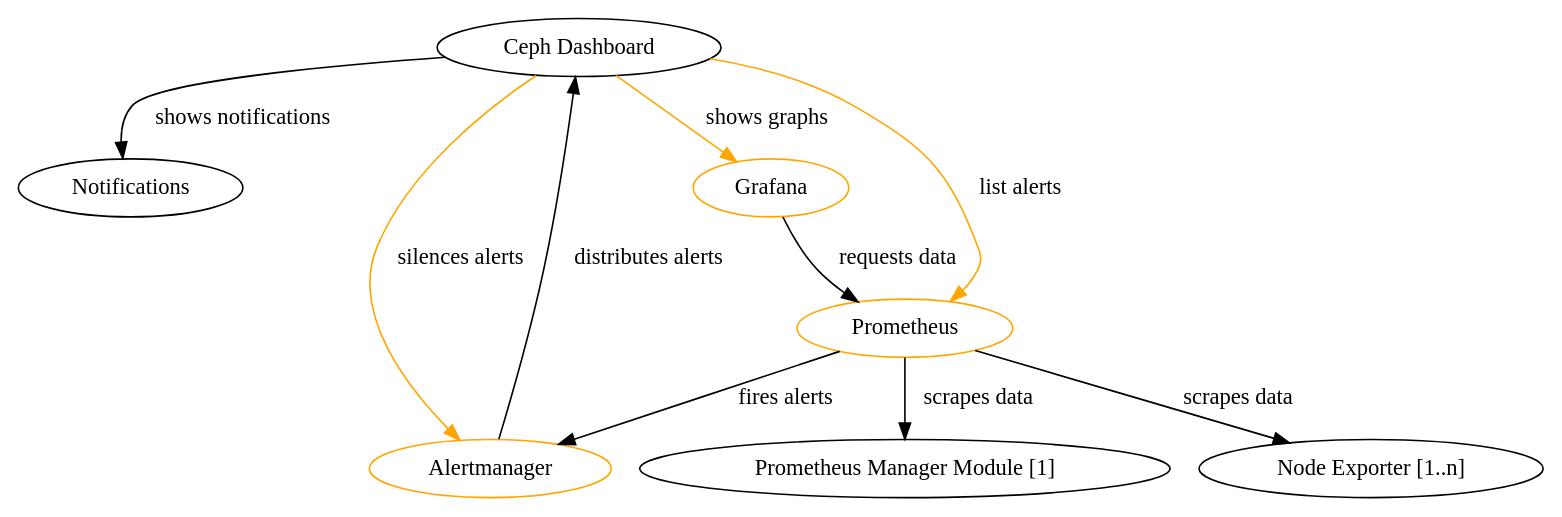
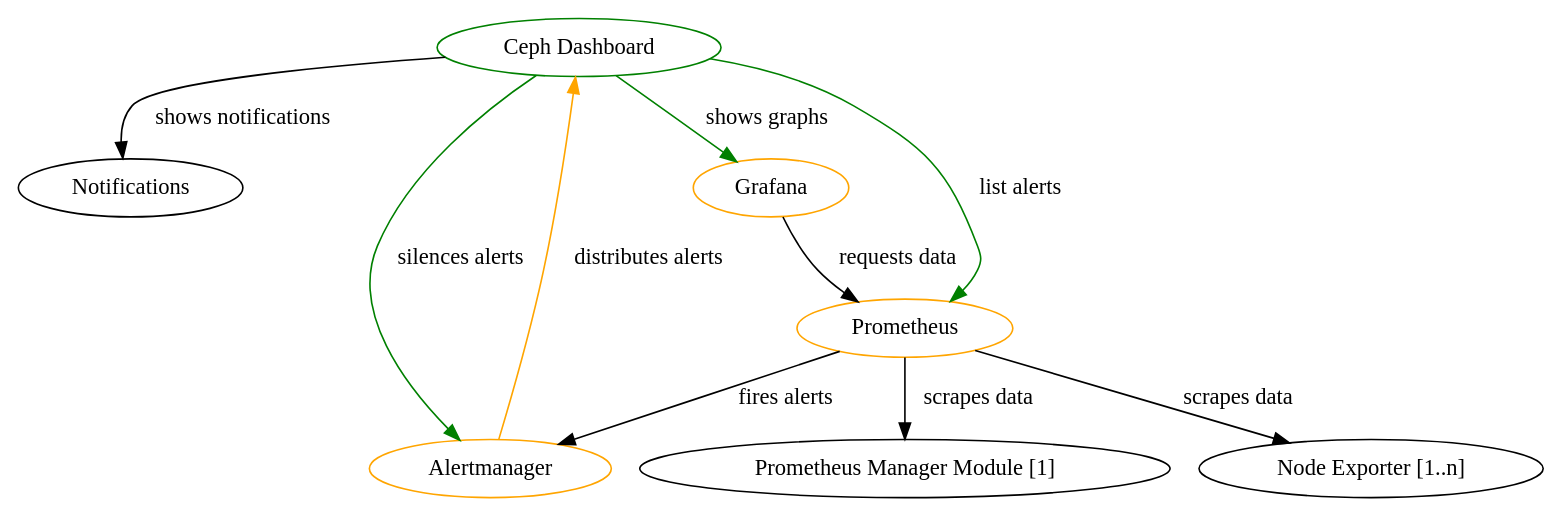
Before and after one commit to p-se/ses7-transfer-training-monitoring: the diagram in images/overview2.dot, drawn with Graphviz. The commit also changed 21 other files, not shown here.

```diff
--- a/images/overview2.dot
+++ b/images/overview2.dot
@@ -1,16 +1,17 @@
 digraph G {
     rankdir=TB
+    "Ceph Dashboard" [color="green"];
     "Ceph Dashboard" -> Notifications [label="shows notifications"];
-    "Ceph Dashboard" -> Alertmanager [label="silences alerts", color="orange"];
-    "Ceph Dashboard" -> Grafana [label="shows graphs", color="orange"];
-    "Ceph Dashboard" -> Prometheus [label="list alerts", color="orange"];
+    "Ceph Dashboard" -> Alertmanager [label="silences alerts", color="green"];
+    "Ceph Dashboard" -> Grafana [label="shows graphs", color="green"];
+    "Ceph Dashboard" -> Prometheus [label="list alerts", color="green"];
     Prometheus [color="orange"];
     Prometheus -> "Node Exporter [1..n]" [label="scrapes data"];
     Prometheus -> "Prometheus Manager Module [1]" [label="scrapes data"];
     Prometheus -> Alertmanager [label="fires alerts"];
-    Alertmanager -> "Ceph Dashboard" [label="distributes alerts"];
+    Alertmanager -> "Ceph Dashboard" [label="distributes alerts", color="orange"];
     Alertmanager [color="orange"];
     Grafana[color="orange"];
     Grafana -> Prometheus [label="requests data"];
     // Notifications[color=green];
 }
```
